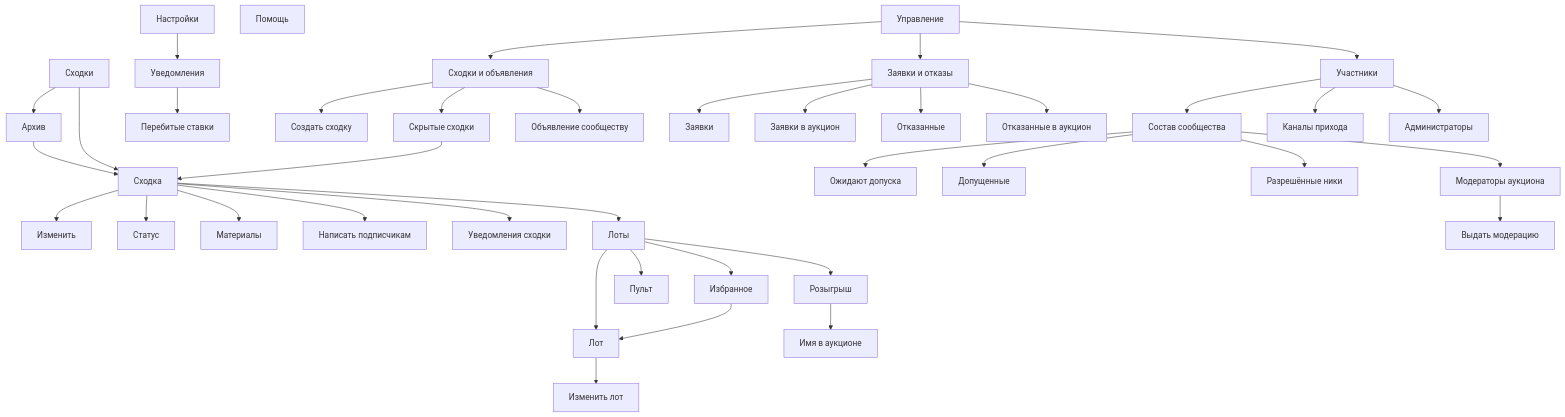
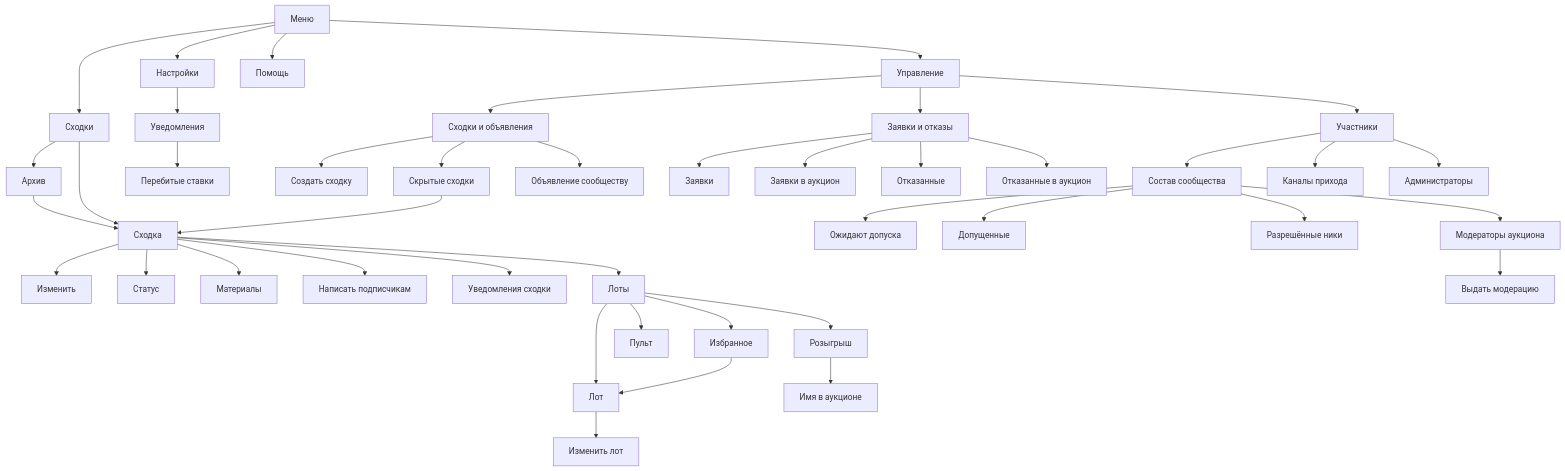
Before and after one commit to Solguficky/solguficky-hub: the first of 2 diagrams in docs/design/bot/design-code.md, drawn with Mermaid. The commit also changed other lines of this file and 63 other files, not shown here.

````diff
--- a/docs/design/bot/design-code.md
+++ b/docs/design/bot/design-code.md
@@ -37,48 +37,50 @@
 ```mermaid
 flowchart TD
-    meetups[Сходки]
+    menu[Меню]
+    menu --> meetups[Сходки]
+    menu --> settings[Настройки]
+    menu --> help[Помощь]
+    menu --> manage[Управление]
     meetups --> archive[Архив]
-    settings[Настройки] --> notify[Уведомления]
+    settings --> notify[Уведомления]
     notify --> outbid[Перебитые ставки]
-    help[Помощь]
-    manage[Управление]
 
     meetups --> card[Сходка]
     archive --> card
     hidden --> card
 
     card --> edit[Изменить]
     card --> status[Статус]
     card --> materials[Материалы]
     card --> broadcast[Написать подписчикам]
     card --> notifyMeetup[Уведомления сходки]
     card --> lots[Лоты]
     lots --> lot[Лот]
     lot --> lotForm[Изменить лот]
     lots --> console[Пульт]
     lots --> lotFavorites[Избранное]
     lotFavorites --> lot
     lots --> lotRaffle[Розыгрыш]
     lotRaffle --> lotRaffleName[Имя в аукционе]
 
     manage --> gMeetups[Сходки и объявления]
     manage --> gApplications[Заявки и отказы]
     manage --> gMembers[Участники]
 
     gMeetups --> create[Создать сходку]
     gMeetups --> hidden[Скрытые сходки]
     gMeetups --> announce[Объявление сообществу]
     gApplications --> applications[Заявки]
     gApplications --> auctionApplications[Заявки в аукцион]
     gApplications --> refused[Отказанные]
     gApplications --> auctionRefused[Отказанные в аукцион]
     gMembers --> community[Состав сообщества]
     gMembers --> channels[Каналы прихода]
     gMembers --> administrators[Администраторы]
 
     community --> pending[Ожидают допуска]
     community --> members[Допущенные]
     community --> nicks[Разрешённые ники]
     community --> moderators[Модераторы аукциона]
     moderators --> grant[Выдать модерацию]
 ```
````
